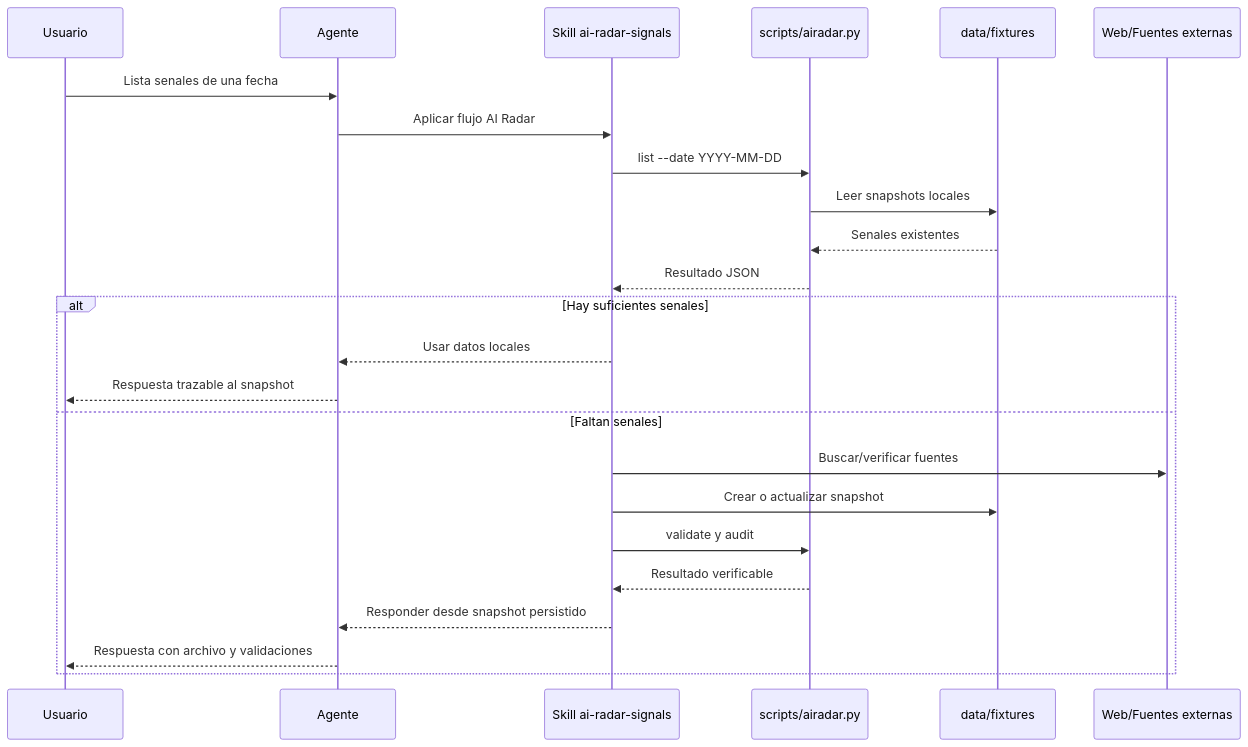
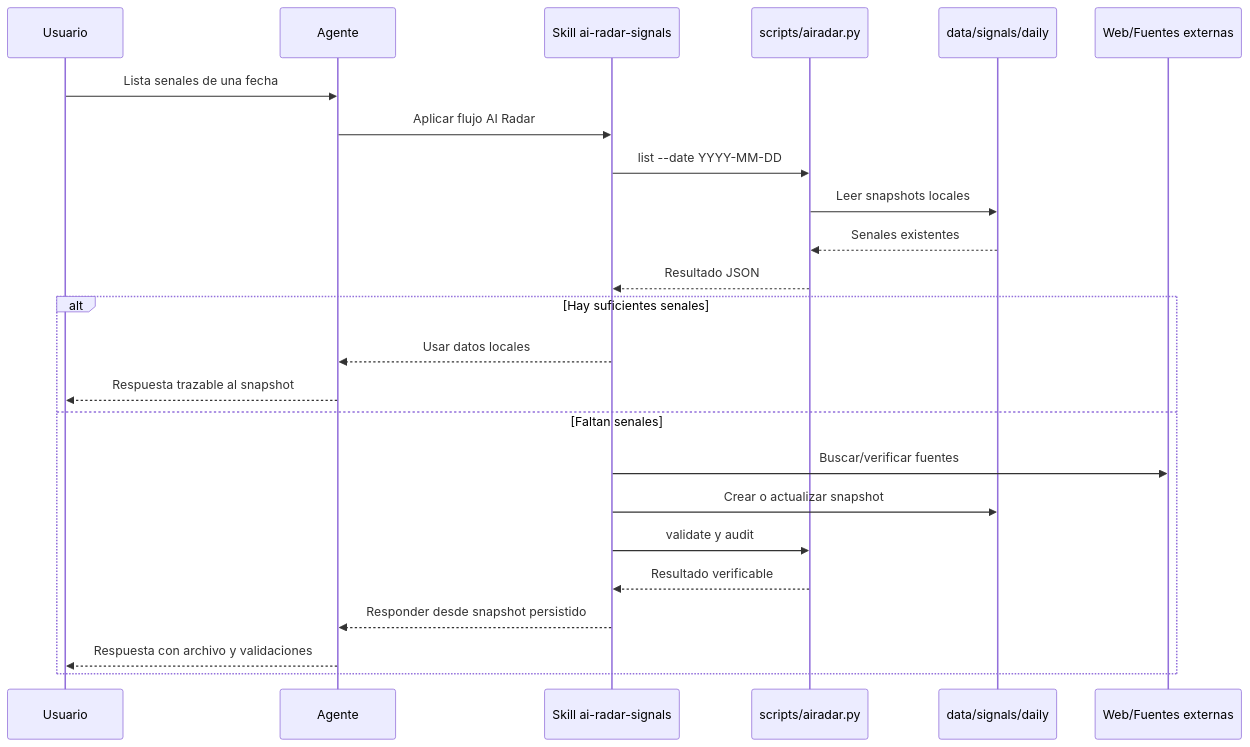
The third of 7 diagrams in docs/ai-radar-operating-model.md (PedroHincapie/codex-), drawn with Mermaid before and after one commit. The commit also changed other lines of this file and 26 other files, not shown here.

````diff
--- a/docs/ai-radar-operating-model.md
+++ b/docs/ai-radar-operating-model.md
@@ -65,27 +67,27 @@
 ```mermaid
 sequenceDiagram
   participant U as Usuario
   participant A as Agente
   participant S as Skill ai-radar-signals
   participant T as scripts/airadar.py
-  participant F as data/fixtures
+  participant F as data/signals/daily
   participant W as Web/Fuentes externas
 
   U->>A: Lista senales de una fecha
   A->>S: Aplicar flujo AI Radar
   S->>T: list --date YYYY-MM-DD
   T->>F: Leer snapshots locales
   F-->>T: Senales existentes
   T-->>S: Resultado JSON
   alt Hay suficientes senales
     S-->>A: Usar datos locales
     A-->>U: Respuesta trazable al snapshot
   else Faltan senales
     S->>W: Buscar/verificar fuentes
     S->>F: Crear o actualizar snapshot
     S->>T: validate y audit
     T-->>S: Resultado verificable
     S-->>A: Responder desde snapshot persistido
     A-->>U: Respuesta con archivo y validaciones
   end
 ```
````
